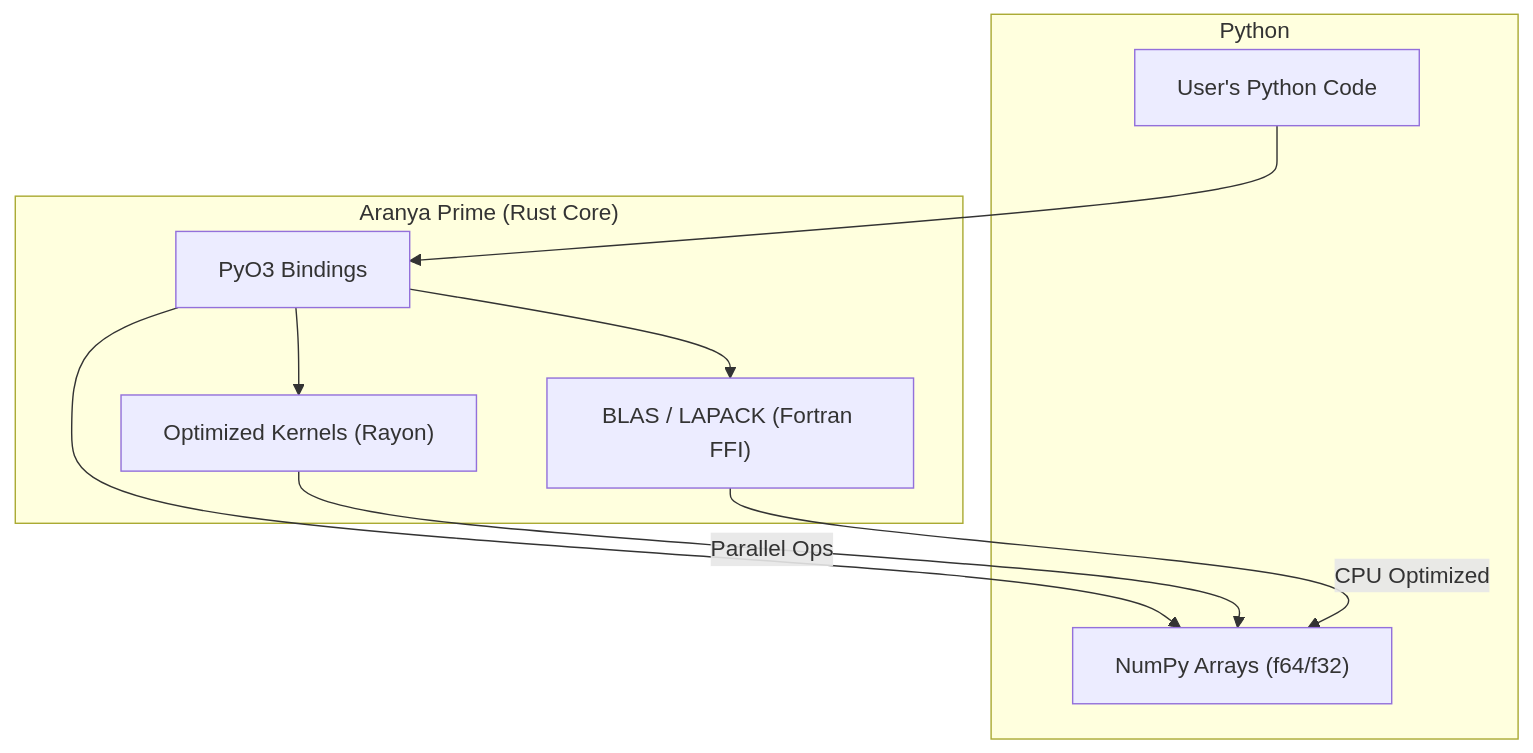
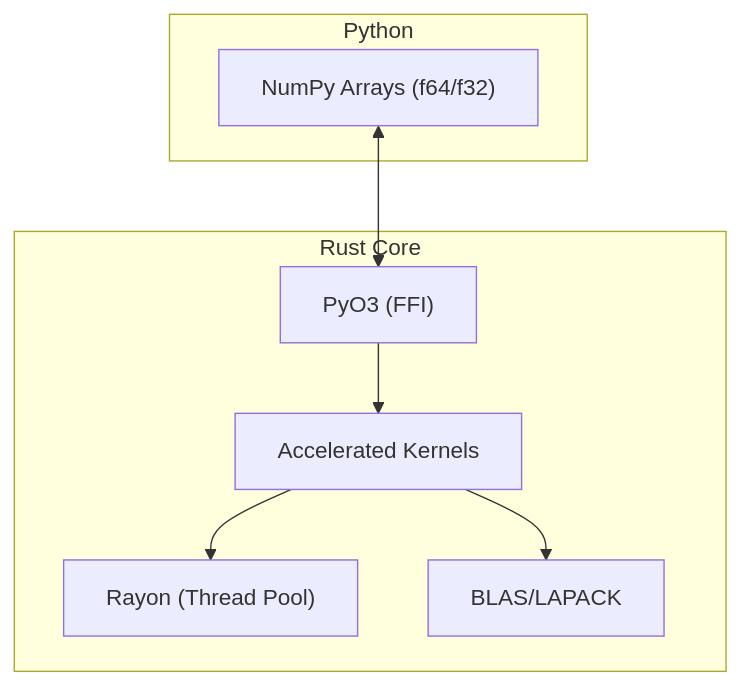
The diagram in README.md (Adi-Baba/Aranya_Prime), drawn with Mermaid before and after one commit. The commit also changed other lines of this file, not shown here.

````diff
--- a/README.md
+++ b/README.md
@@ -19,20 +9,18 @@
 ```mermaid
 graph TD
     subgraph Python
-        UserCode["User's Python Code"]
-        NumPyArr["NumPy Arrays (f64/f32)"]
+        NumPy["NumPy Arrays (f64/f32)"]
     end
 
-    subgraph "Aranya Prime (Rust Core)"
-        PyO3["PyO3 Bindings"]
-        Kernels["Optimized Kernels (Rayon)"]
-        BLAS_LAPACK["BLAS / LAPACK (Fortran FFI)"]
+    subgraph "Rust Core"
+        PyO3["PyO3 (FFI)"]
+        Rayon["Rayon (Thread Pool)"]
+        Linalg["Accelerated Kernels"]
+        BLAS["BLAS/LAPACK"]
     end
 
-    UserCode --> PyO3
-    PyO3 --> NumPyArr
-    PyO3 --> Kernels
-    PyO3 --> BLAS_LAPACK
-    Kernels -- Parallel Ops --> NumPyArr
-    BLAS_LAPACK -- CPU Optimized --> NumPyArr
+    NumPy <--> PyO3
+    PyO3 --> Linalg
+    Linalg --> Rayon
+    Linalg --> BLAS
 ```
````
